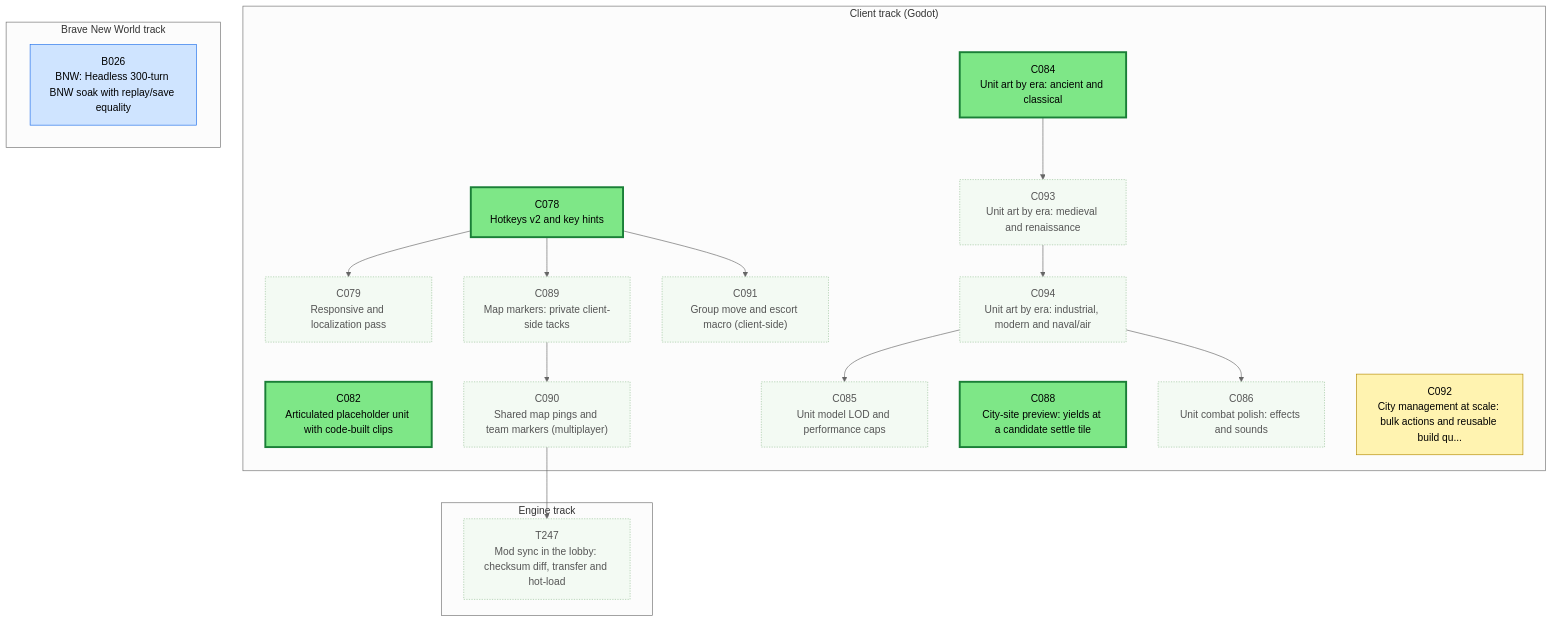
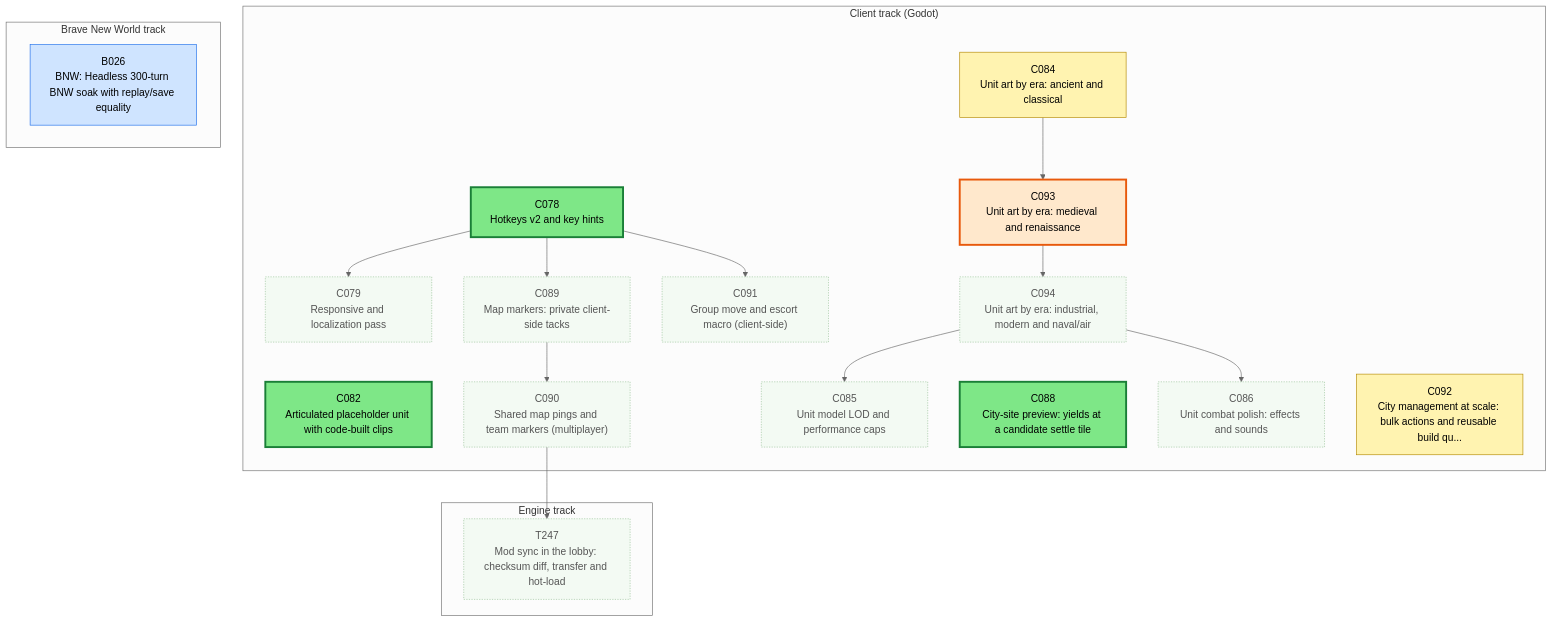
Before and after one commit to Kenmura/Unciv: the first of 3 diagrams in csharp/migration/DEPENDENCY_MAP.md, drawn with Mermaid (neutral theme). The commit also changed other lines of this file and 1 other file, not shown here.

````diff
--- a/csharp/migration/DEPENDENCY_MAP.md
+++ b/csharp/migration/DEPENDENCY_MAP.md
@@ -25,55 +25,55 @@
 ```mermaid
 flowchart TD
   subgraph TTRACK["Engine track"]
     T247["T247<br/>Mod sync in the lobby: checksum diff, transfer and hot-load"]
   end
   subgraph CTRACK["Client track (Godot)"]
     C078["C078<br/>Hotkeys v2 and key hints"]
     C079["C079<br/>Responsive and localization pass"]
     C082["C082<br/>Articulated placeholder unit with code-built clips"]
     C084["C084<br/>Unit art by era: ancient and classical"]
     C085["C085<br/>Unit model LOD and performance caps"]
     C086["C086<br/>Unit combat polish: effects and sounds"]
     C088["C088<br/>City-site preview: yields at a candidate settle tile"]
     C089["C089<br/>Map markers: private client-side tacks"]
     C090["C090<br/>Shared map pings and team markers (multiplayer)"]
     C091["C091<br/>Group move and escort macro (client-side)"]
     C092["C092<br/>City management at scale: bulk actions and reusable build qu..."]
     C093["C093<br/>Unit art by era: medieval and renaissance"]
     C094["C094<br/>Unit art by era: industrial, modern and naval/air"]
   end
   subgraph BTRACK["Brave New World track"]
     B026["B026<br/>BNW: Headless 300-turn BNW soak with replay/save equality"]
   end
   C090 --> T247
   C078 --> C079
   C094 --> C085
   C094 --> C086
   C078 --> C089
   C089 --> C090
   C078 --> C091
   C084 --> C093
   C093 --> C094
   classDef waiting fill:#f3faf3,stroke:#9bc49b,color:#555,stroke-dasharray:2 2
   classDef ondeck fill:#ffe8cc,stroke:#e8590c,stroke-width:3px,color:#000
   classDef ready fill:#7ee787,stroke:#1a7f37,stroke-width:3px,color:#000
   classDef prog fill:#fff3b0,stroke:#b58900,color:#000
   classDef review fill:#cfe4ff,stroke:#1f6feb,color:#000
   classDef blocked fill:#ffd6d6,stroke:#c62828,color:#000
   classDef done fill:#eeeeee,stroke:#999999,color:#666,stroke-dasharray:4 3
   class B026 review
   class C078 ready
   class C079 waiting
   class C082 ready
-  class C084 ready
+  class C084 prog
   class C085 waiting
   class C086 waiting
   class C088 ready
   class C089 waiting
   class C090 waiting
   class C091 waiting
   class C092 prog
-  class C093 waiting
+  class C093 ondeck
   class C094 waiting
   class T247 waiting
 ```
````
